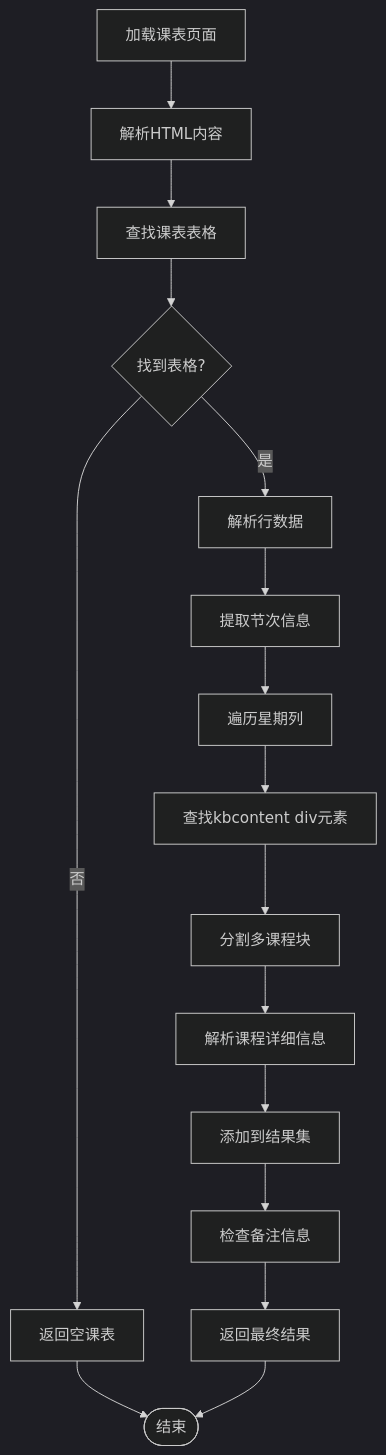
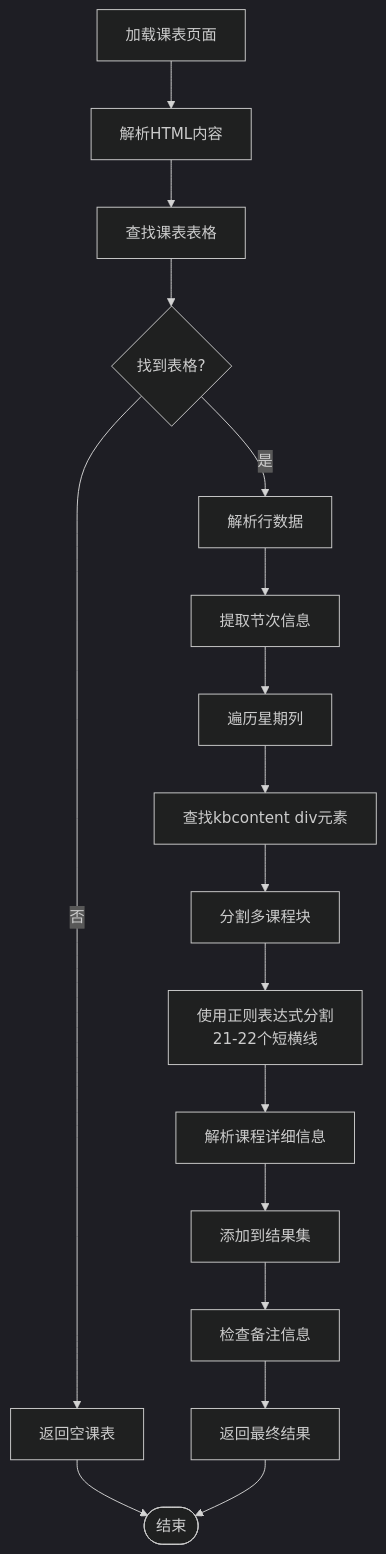
One commit to ghbbn053-ship-itsoulddog/soulddog changed the fifth of 11 diagrams in .qoder/repowiki/zh/content/后端API文档/学术数据查询API/课表查询API.md. Above: the diagram before and after it, drawn with Mermaid (dark theme). The commit also changed other lines of this file and 119 other files, not shown here.

````diff
--- a/.qoder/repowiki/zh/content/后端API文档/学术数据查询API/课表查询API.md
+++ b/.qoder/repowiki/zh/content/后端API文档/学术数据查询API/课表查询API.md
@@ -245,18 +247,19 @@
 ```mermaid
 flowchart TD
 LoadPage[加载课表页面] --> ParseHTML[解析HTML内容]
 ParseHTML --> FindTable[查找课表表格]
 FindTable --> CheckTable{"找到表格?"}
 CheckTable --> |否| ReturnEmpty["返回空课表"]
 CheckTable --> |是| ParseRows[解析行数据]
 ParseRows --> ExtractPeriod[提取节次信息]
 ExtractPeriod --> LoopDays[遍历星期列]
 LoopDays --> FindKBContent[查找kbcontent div元素]
 FindKBContent --> SplitBlocks[分割多课程块]
-SplitBlocks --> ParseCourseInfo[解析课程详细信息]
+SplitBlocks --> RegexSplit[使用正则表达式分割<br/>21-22个短横线]
+RegexSplit --> ParseCourseInfo[解析课程详细信息]
 ParseCourseInfo --> AddToResult[添加到结果集]
 AddToResult --> CheckRemarks[检查备注信息]
 CheckRemarks --> ReturnResult[返回最终结果]
 ReturnEmpty --> End([结束])
 ReturnResult --> End
 ```
````
